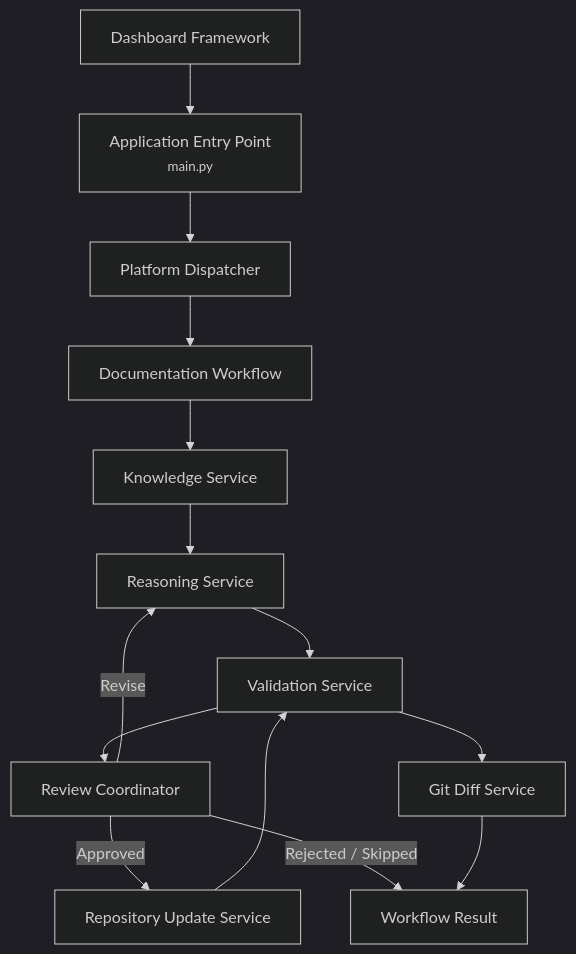
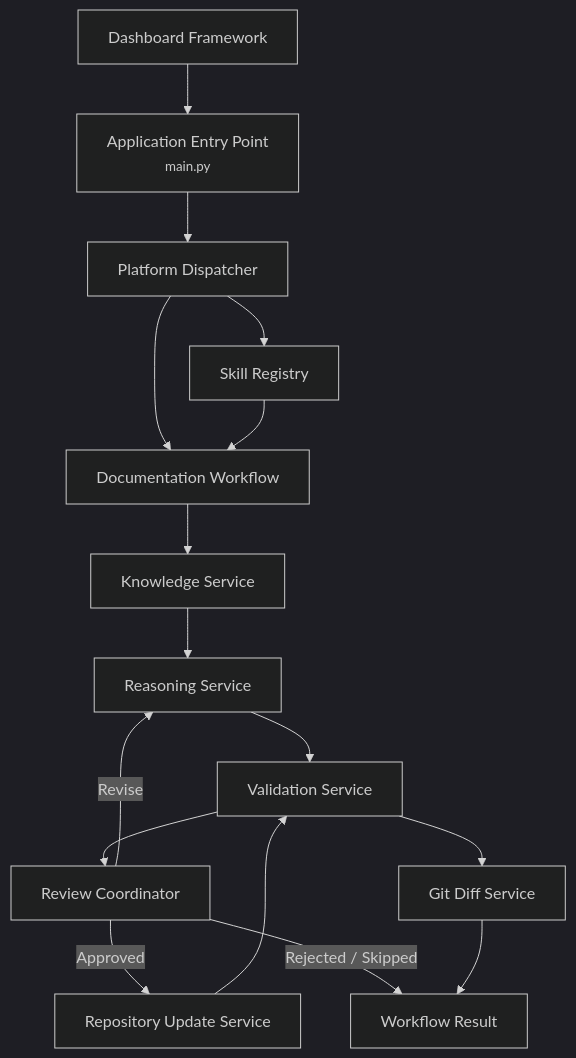
One commit to pgailinas/project0 changed the diagram in docs/agents/documentation/Documentation_Agent_Architecture.md. Above: the diagram before and after it, drawn with Mermaid (dark theme). The commit also changed other lines of this file and 7 other files, not shown here.

````diff
--- a/docs/agents/documentation/Documentation_Agent_Architecture.md
+++ b/docs/agents/documentation/Documentation_Agent_Architecture.md
@@ -63,34 +63,37 @@
 ``` mermaid
 flowchart TD
     UI["Dashboard Framework"]
     A["Application Entry Point<br/><small>main.py</small>"]
     B["Platform Dispatcher"]
     C["Documentation Workflow"]
+    S["Skill Registry"]
 
     D["Knowledge Service"]
     E["Reasoning Service"]
     F["Validation Service"]
 
     G["Review Coordinator"]
     H["Repository Update Service"]
     I["Git Diff Service"]
 
     J["Workflow Result"]
 
     UI --> A
     A --> B
     B --> C
+    B --> S
+    S --> C
 
     C --> D
     D --> E
     E --> F
     F --> G
 
     G -->|Approved| H
     G -->|Rejected / Skipped| J
     G -->|Revise| E
 
     H --> F
     F --> I
     I --> J
 ```
````
